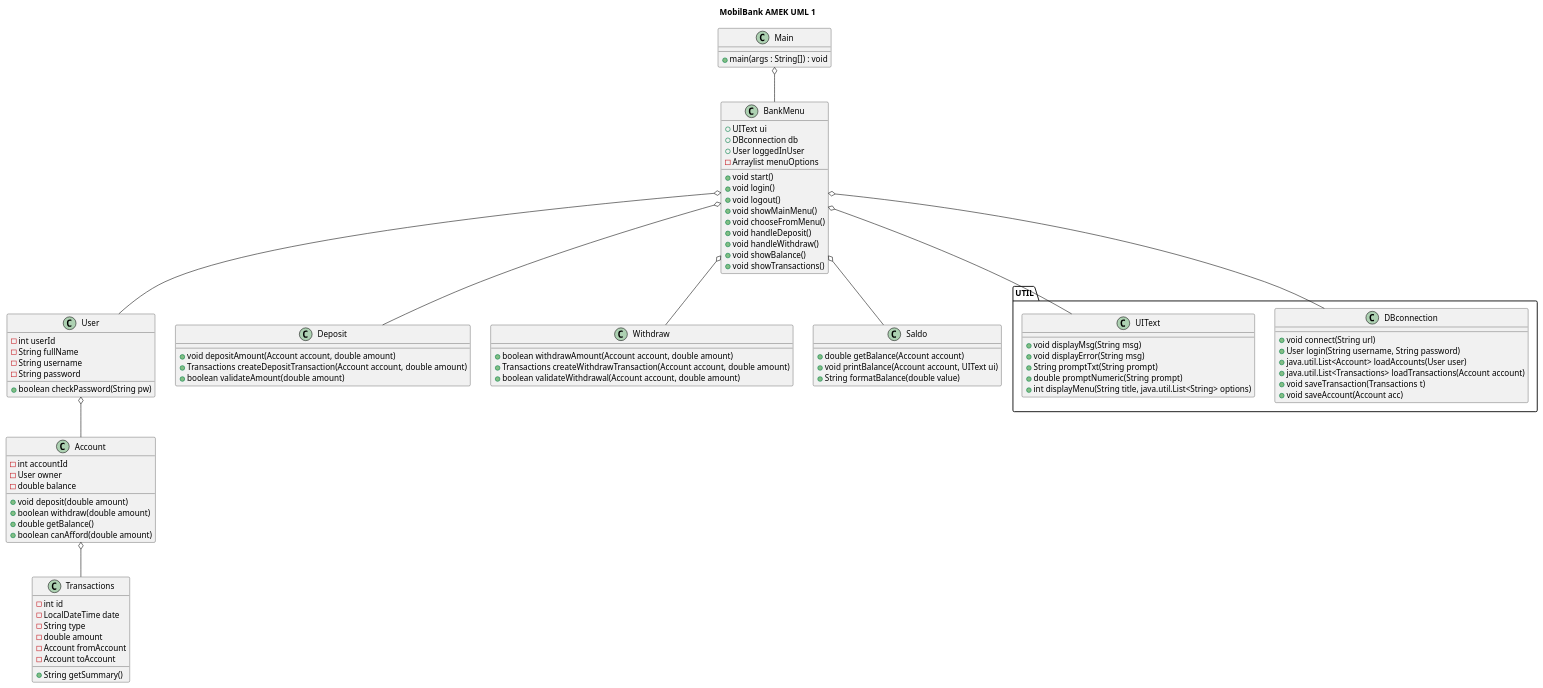
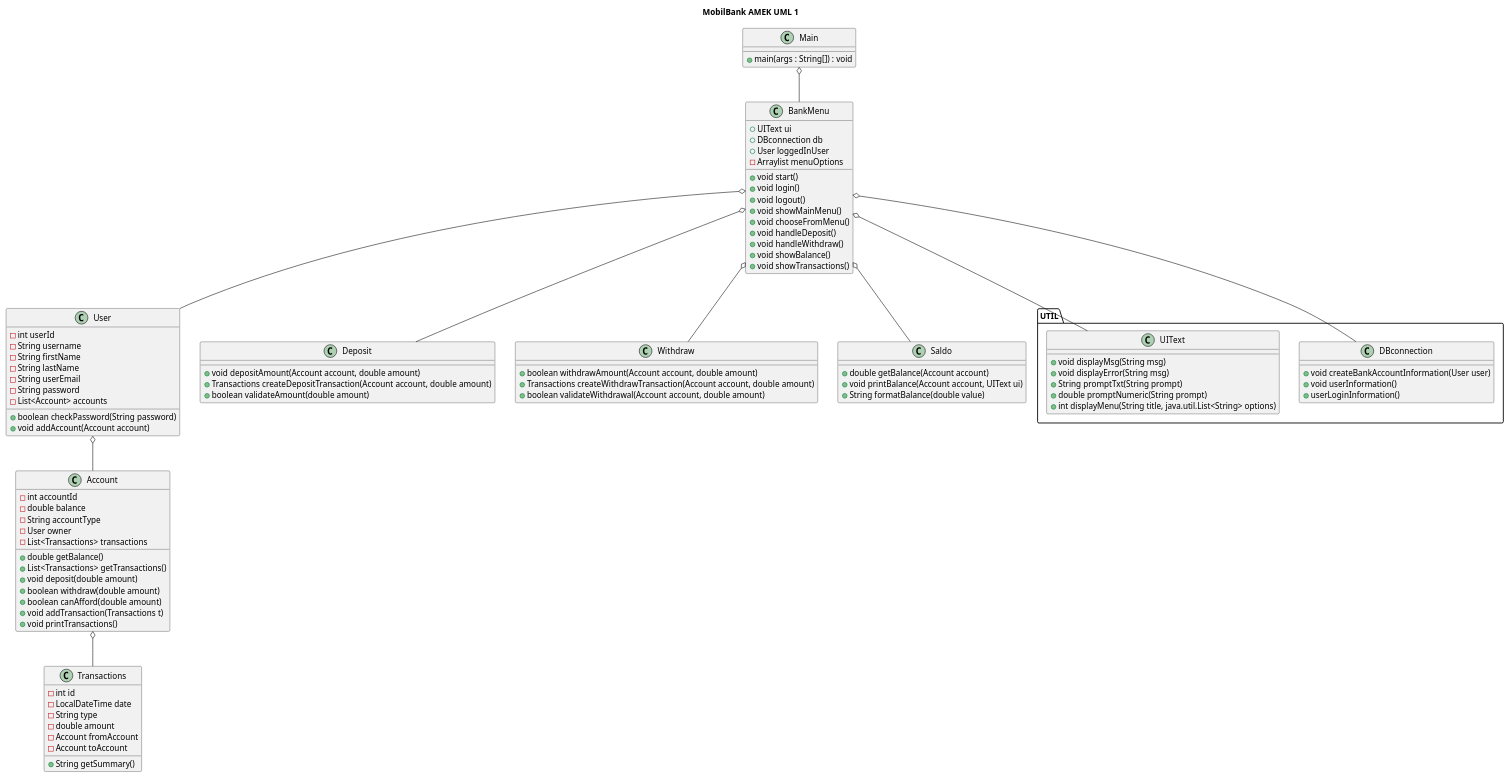
Before and after one commit to KhattabE/BANKSYSTEMICE: the diagram in data/klassediagram.puml, drawn with PlantUML. The commit also changed 2 other files, not shown here.

Commit message:
Updated and finished user class, finished account class, updated class uml diagram, dbconnection class still work in progress

```diff
--- a/data/klassediagram.puml
+++ b/data/klassediagram.puml
@@ -1,115 +1,121 @@
 @startuml
 
 skinparam classAttributeIconSize 12
 
 
 title MobilBank AMEK UML 1
 
 ' ---------- MAIN ----------
 class Main {
     + main(args : String[]) : void
 }
 
 ' ---------- BANKMENU ----------
 class BankMenu {
     + UIText ui
     + DBconnection db
     + User loggedInUser
     - Arraylist menuOptions
     + void start()
     + void login()
     + void logout()
     + void showMainMenu()
     + void chooseFromMenu()
     + void handleDeposit()
     + void handleWithdraw()
     + void showBalance()
     + void showTransactions()
 }
 
 ' ---------- DOMAIN ----------
 class User {
     - int userId
-    - String fullName
     - String username
+    - String firstName
+    - String lastName
+    - String userEmail
     - String password
-
-    + boolean checkPassword(String pw)
+    - List<Account> accounts
+    + boolean checkPassword(String password)
+    + void addAccount(Account account)
 }
 
 class Account {
     - int accountId
+    - double balance
+    - String accountType
     - User owner
-    - double balance
+    - List<Transactions> transactions
 
+
+    + double getBalance()
+    + List<Transactions> getTransactions()
     + void deposit(double amount)
     + boolean withdraw(double amount)
-    + double getBalance()
     + boolean canAfford(double amount)
+    + void addTransaction(Transactions t)
+    + void printTransactions()
 }
 
 class Transactions {
     - int id
     - LocalDateTime date
     - String type
     - double amount
     - Account fromAccount
     - Account toAccount
 
     + String getSummary()
 }
 
 ' ---------- SERVICES ----------
 class Deposit {
     + void depositAmount(Account account, double amount)
     + Transactions createDepositTransaction(Account account, double amount)
     + boolean validateAmount(double amount)
 }
 
 class Withdraw {
     + boolean withdrawAmount(Account account, double amount)
     + Transactions createWithdrawTransaction(Account account, double amount)
     + boolean validateWithdrawal(Account account, double amount)
 }
 
 class Saldo {
     + double getBalance(Account account)
     + void printBalance(Account account, UIText ui)
     + String formatBalance(double value)
 }
 
 ' ---------- UTIL ----------
 package UTIL {
     class DBconnection {
-        + void connect(String url)
-        + User login(String username, String password)
-        + java.util.List<Account> loadAccounts(User user)
-        + java.util.List<Transactions> loadTransactions(Account account)
-        + void saveTransaction(Transactions t)
-        + void saveAccount(Account acc)
+        +void createBankAccountInformation(User user)
+        +void userInformation()
+        +userLoginInformation()
     }
 
     class UIText {
         + void displayMsg(String msg)
         + void displayError(String msg)
         + String promptTxt(String prompt)
         + double promptNumeric(String prompt)
         + int displayMenu(String title, java.util.List<String> options)
     }
 }
 
 ' ---------- RELATIONER ----------
 Main o-- BankMenu
 
 BankMenu o-- User
 User o-- Account
 Account o-- Transactions
 
 BankMenu o-- Deposit
 BankMenu o-- Withdraw
 BankMenu o-- Saldo
 
 BankMenu o-- DBconnection
 BankMenu o-- UIText
 
 @enduml
```
